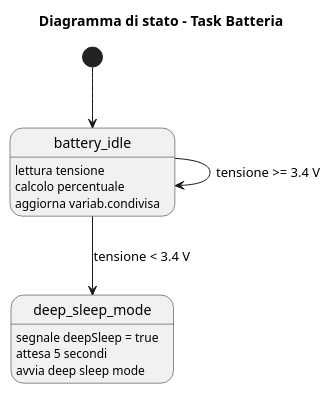
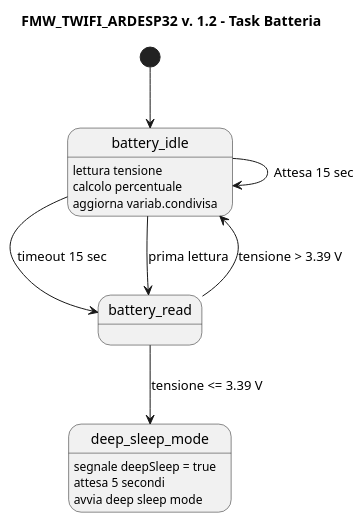
One commit to spedone/firmware_termometro_wifi changed the diagram in uml/TaskBatteria.puml. Above: the diagram before and after it, drawn with PlantUML. The commit also changed 3 other files, not shown here.

Commit message:
Aggiorna diagrammi UML

```diff
--- a/uml/TaskBatteria.puml
+++ b/uml/TaskBatteria.puml
@@ -1,21 +1,32 @@
 @startuml TaskBatteria_State
-title Diagramma di stato - Task Batteria
+title FMW_TWIFI_ARDESP32 v. 1.2 - Task Batteria
+
 
 [*] --> battery_idle
 
 state battery_idle{
   battery_idle: lettura tensione
   battery_idle: calcolo percentuale
   battery_idle: aggiorna variab.condivisa
 }
+
+state battery_read{
+  
+}
+
 state deep_sleep_mode{
   deep_sleep_mode: segnale deepSleep = true 
   deep_sleep_mode: attesa 5 secondi
   deep_sleep_mode: avvia deep sleep mode
 
 }
 
 
-battery_idle --> battery_idle : tensione >= 3.4 V
-battery_idle --> deep_sleep_mode : tensione < 3.4 V
+battery_idle --> battery_idle : Attesa 15 sec
+battery_idle --> battery_read : timeout 15 sec 
+battery_idle --> battery_read : prima lettura
+
+battery_read --> battery_idle : tensione > 3.39 V
+battery_read --> deep_sleep_mode : tensione <= 3.39 V
+
 @enduml
```
